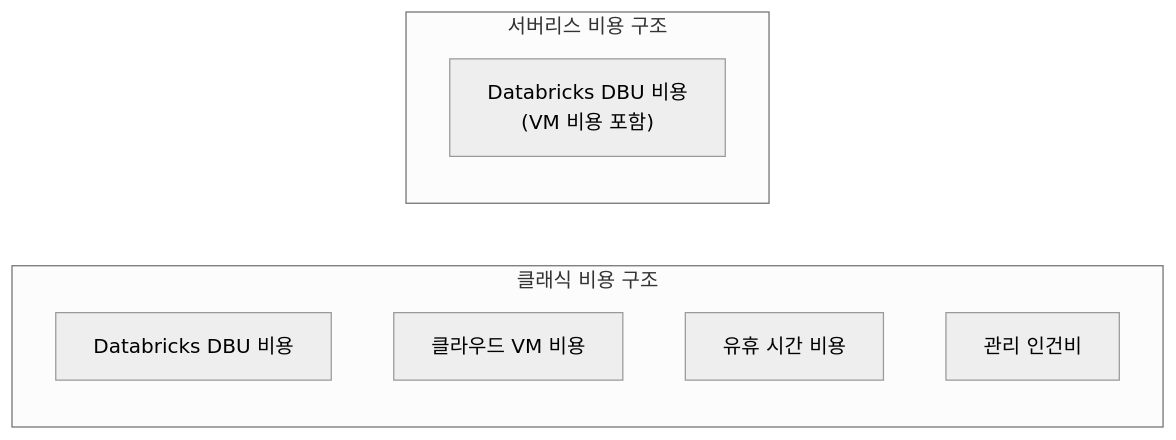
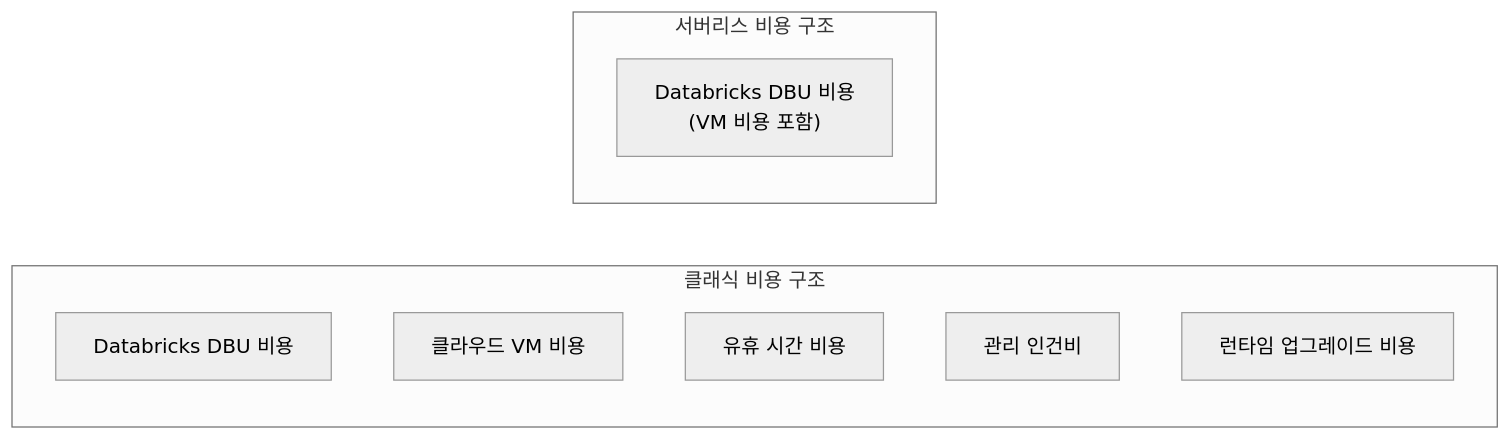
The fourth of 5 diagrams in 04-compute-and-workspace/serverless-compute.md (SimyungYang/simyung-dbx-training), drawn with Mermaid (neutral theme) before and after one commit. The commit also changed other lines of this file and 37 other files, not shown here.

````diff
--- a/04-compute-and-workspace/serverless-compute.md
+++ b/04-compute-and-workspace/serverless-compute.md
@@ -66,13 +307,14 @@
 ```mermaid
 graph LR
     subgraph Classic["클래식 비용 구조"]
         C1["Databricks DBU 비용"]
         C2["클라우드 VM 비용"]
         C3["유휴 시간 비용"]
         C4["관리 인건비"]
+        C5["런타임 업그레이드 비용"]
     end
 
     subgraph SL["서버리스 비용 구조"]
         S1["Databricks DBU 비용<br/>(VM 비용 포함)"]
     end
 ```
````
